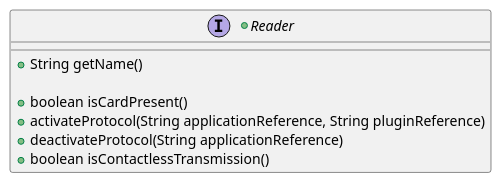
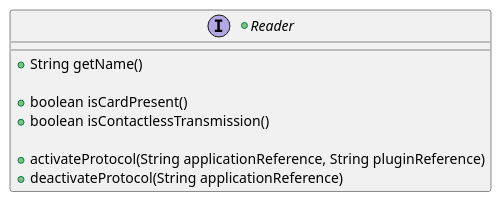
Before and after one commit to calypsonet/keyple: the fifth of 21 diagrams in src/KeypleCoreApi/puml/KeypleCore_Reader_ClassDiag_ClassElements.iuml, drawn with PlantUML. The commit also changed other lines of this file and 4 other files, not shown here.

```diff
--- a/src/KeypleCoreApi/puml/KeypleCore_Reader_ClassDiag_ClassElements.iuml
+++ b/src/KeypleCoreApi/puml/KeypleCore_Reader_ClassDiag_ClassElements.iuml
@@ -56,10 +56,11 @@
 @startuml(id=READER_READER_1_0_0)
 +interface Reader {
   +String getName()
 
   +boolean isCardPresent()
+  +boolean isContactlessTransmission()
+
   +activateProtocol(String applicationReference, String pluginReference)
   +deactivateProtocol(String applicationReference)
-  +boolean isContactlessTransmission()
 }
 @enduml
```
